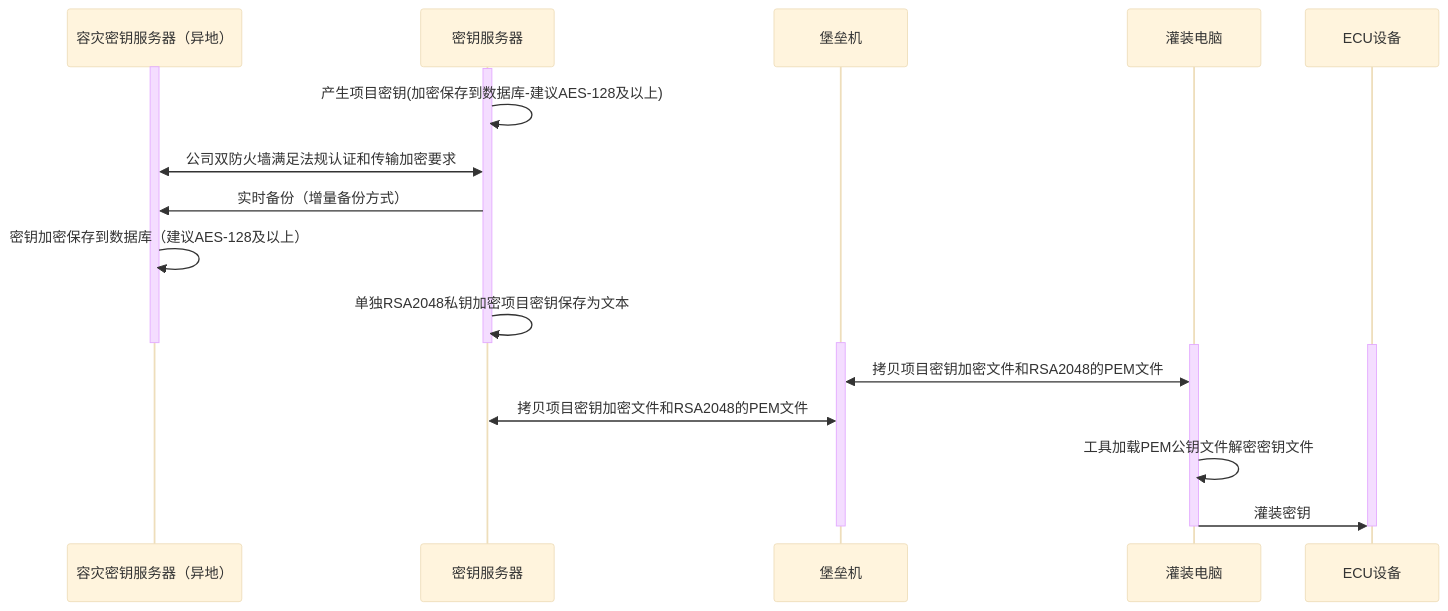
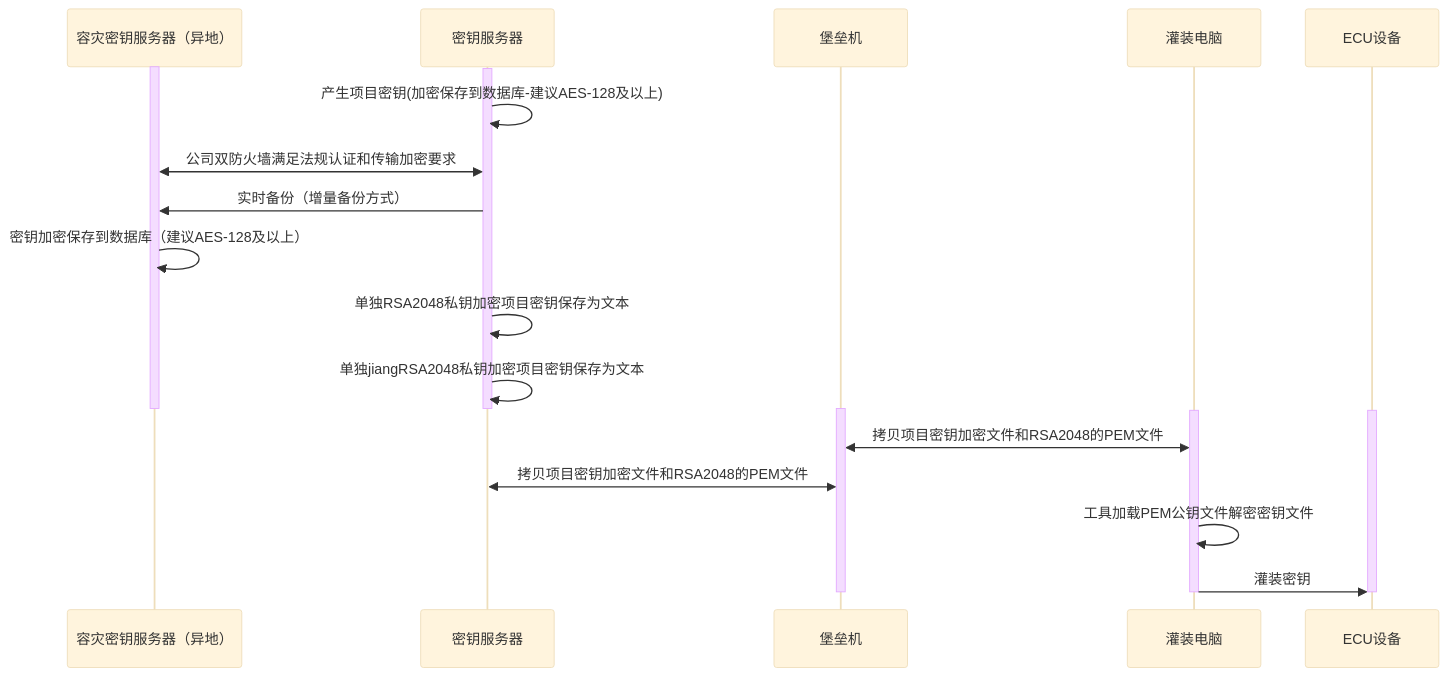
The diagram in all/未命名-15.md (facebook-cloud/iodraw-files), drawn with Mermaid (base theme) before and after one commit.

Commit message:
2026-02-07 14:08:00 update

````diff
--- a/all/未命名-15.md
+++ b/all/未命名-15.md
@@ -1,32 +1,32 @@
 ```mermaid
 sequenceDiagram
     participant A as 容灾密钥服务器（异地）
     participant B as 密钥服务器
     participant C as 堡垒机
     participant D as 灌装电脑
     participant E as ECU设备
 
     activate A
     activate B
     B->>B: 产生项目密钥(加密保存到数据库-建议AES-128及以上)
     A<<->>B: 公司双防火墙满足法规认证和传输加密要求
     B->>A: 实时备份（增量备份方式）
     A->>A: 密钥加密保存到数据库（建议AES-128及以上）
     B->>B: 单独RSA2048私钥加密项目密钥保存为文本
-    
+    B->>B: 单独jiangRSA2048私钥加密项目密钥保存为文本
     deactivate B
     deactivate A
 
     activate C
     activate D
     activate E
 
     D<<->>C: 拷贝项目密钥加密文件和RSA2048的PEM文件
     C<<->>B: 拷贝项目密钥加密文件和RSA2048的PEM文件
     D->>D:工具加载PEM公钥文件解密密钥文件
     D->>E: 灌装密钥
     deactivate C
     deactivate D
     deactivate E
 
 ```
````
